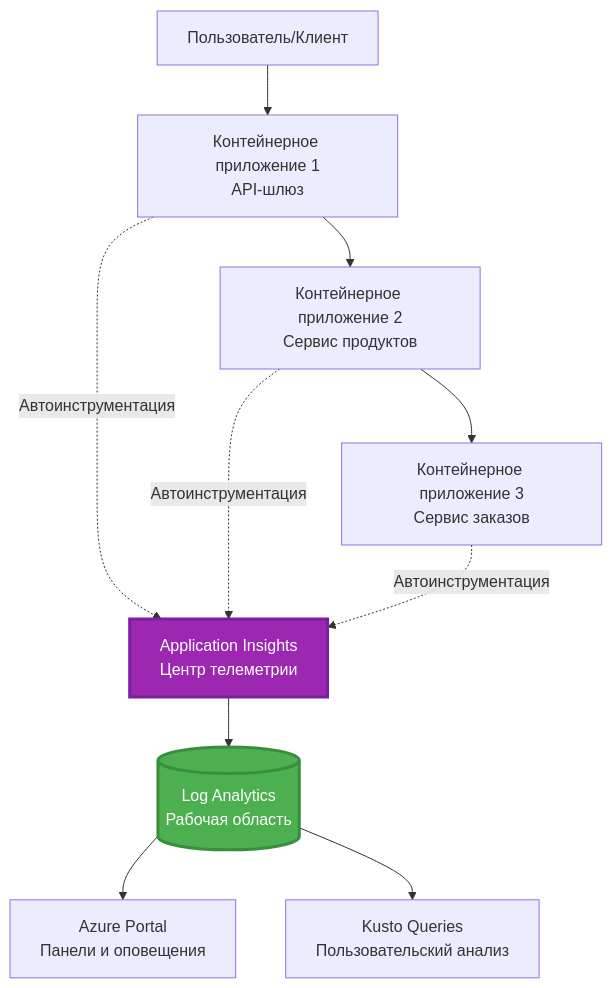
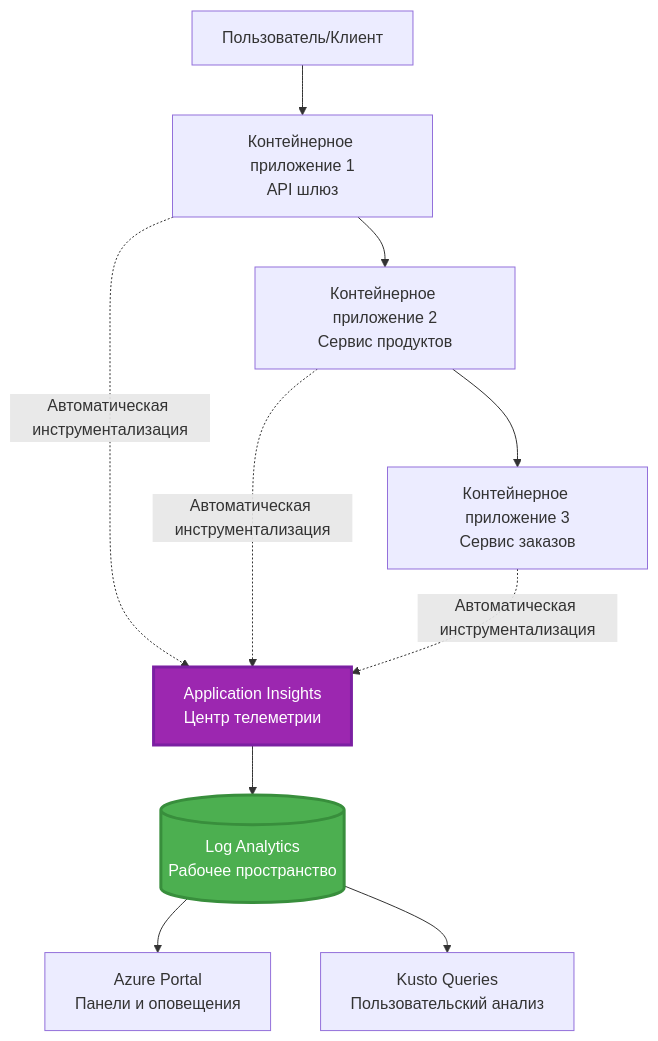
One commit to microsoft/AZD-for-beginners changed the first of 2 diagrams in translations/ru/docs/chapter-06-pre-deployment/application-insights.md. Above: the diagram before and after it, drawn with Mermaid. The commit also changed other lines of this file and 101 other files, not shown here.

````diff
--- a/translations/ru/docs/chapter-06-pre-deployment/application-insights.md
+++ b/translations/ru/docs/chapter-06-pre-deployment/application-insights.md
@@ -58,28 +58,28 @@
 ```mermaid
 graph TB
     User[Пользователь/Клиент]
-    App1[Контейнерное приложение 1<br/>API-шлюз]
+    App1[Контейнерное приложение 1<br/>API шлюз]
     App2[Контейнерное приложение 2<br/>Сервис продуктов]
     App3[Контейнерное приложение 3<br/>Сервис заказов]
     
     AppInsights[Application Insights<br/>Центр телеметрии]
-    LogAnalytics[(Log Analytics<br/>Рабочая область)]
+    LogAnalytics[(Log Analytics<br/>Рабочее пространство)]
     
     Portal[Azure Portal<br/>Панели и оповещения]
     Query[Kusto Queries<br/>Пользовательский анализ]
     
     User --> App1
     App1 --> App2
     App2 --> App3
     
-    App1 -.->|Автоинструментация| AppInsights
-    App2 -.->|Автоинструментация| AppInsights
-    App3 -.->|Автоинструментация| AppInsights
+    App1 -.->|Автоматическая инструментализация| AppInsights
+    App2 -.->|Автоматическая инструментализация| AppInsights
+    App3 -.->|Автоматическая инструментализация| AppInsights
     
     AppInsights --> LogAnalytics
     LogAnalytics --> Portal
     LogAnalytics --> Query
     
     style AppInsights fill:#9C27B0,stroke:#7B1FA2,stroke-width:3px,color:#fff
     style LogAnalytics fill:#4CAF50,stroke:#388E3C,stroke-width:3px,color:#fff
 ```
````
